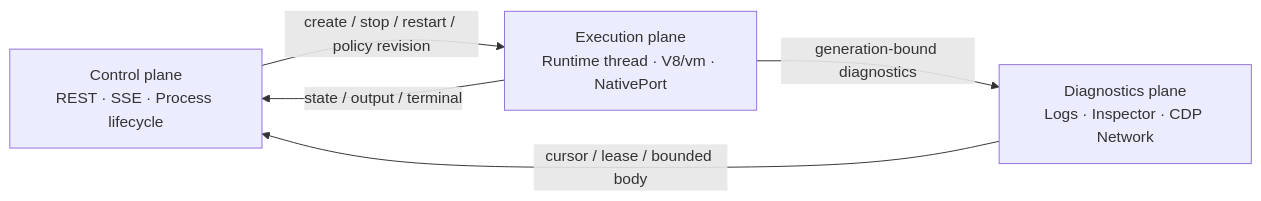
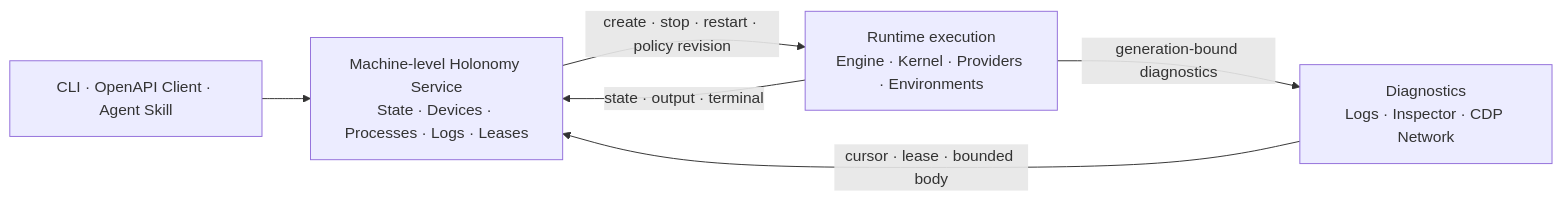
The second of 2 diagrams in .oo/docs/en/concepts/architecture.md (oneworks-ai/holonomy), drawn with Mermaid before and after one commit. The commit also changed other lines of this file and 1157 other files, not shown here.

Commit message:
feat: complete Holonomy M3.5 v86 runtime

````diff
--- a/.oo/docs/en/concepts/architecture.md
+++ b/.oo/docs/en/concepts/architecture.md
@@ -55,11 +75,13 @@
 ```mermaid
 flowchart LR
-  control["Control plane<br/>REST · SSE · Process lifecycle"]
-  execution["Execution plane<br/>Runtime thread · V8/vm · NativePort"]
-  diagnostics["Diagnostics plane<br/>Logs · Inspector · CDP Network"]
+  clients["CLI · OpenAPI Client · Agent Skill"]
+  service["Machine-level Holonomy Service<br/>State · Devices · Processes · Logs · Leases"]
+  execution["Runtime execution<br/>Engine · Kernel · Providers · Environments"]
+  diagnostics["Diagnostics<br/>Logs · Inspector · CDP Network"]
 
-  control -->|"create / stop / restart / policy revision"| execution
-  execution -->|"state / output / terminal"| control
+  clients --> service
+  service -->|"create · stop · restart · policy revision"| execution
+  execution -->|"state · output · terminal"| service
   execution -->|"generation-bound diagnostics"| diagnostics
-  diagnostics -->|"cursor / lease / bounded body"| control
+  diagnostics -->|"cursor · lease · bounded body"| service
 ```
````
